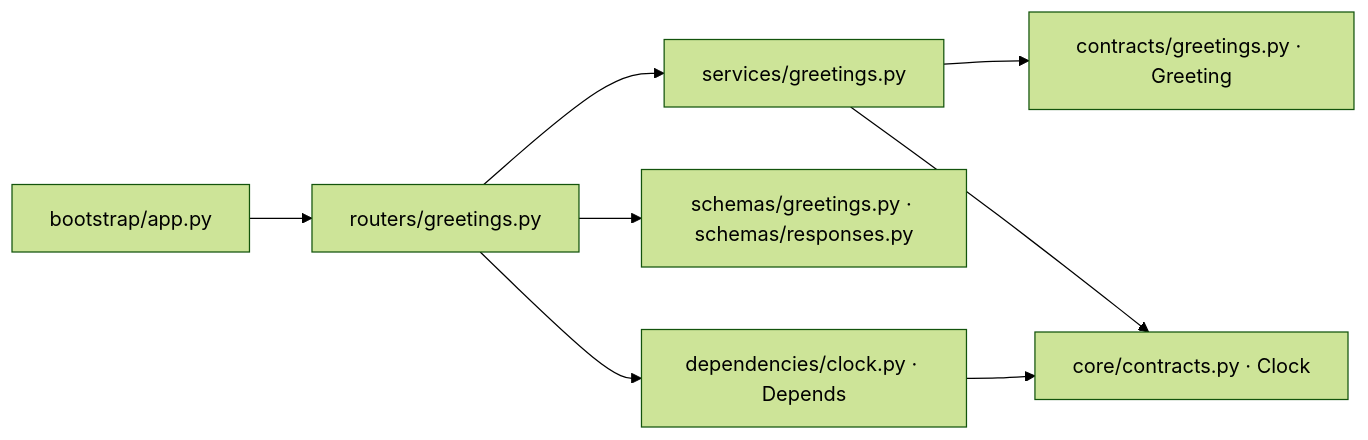
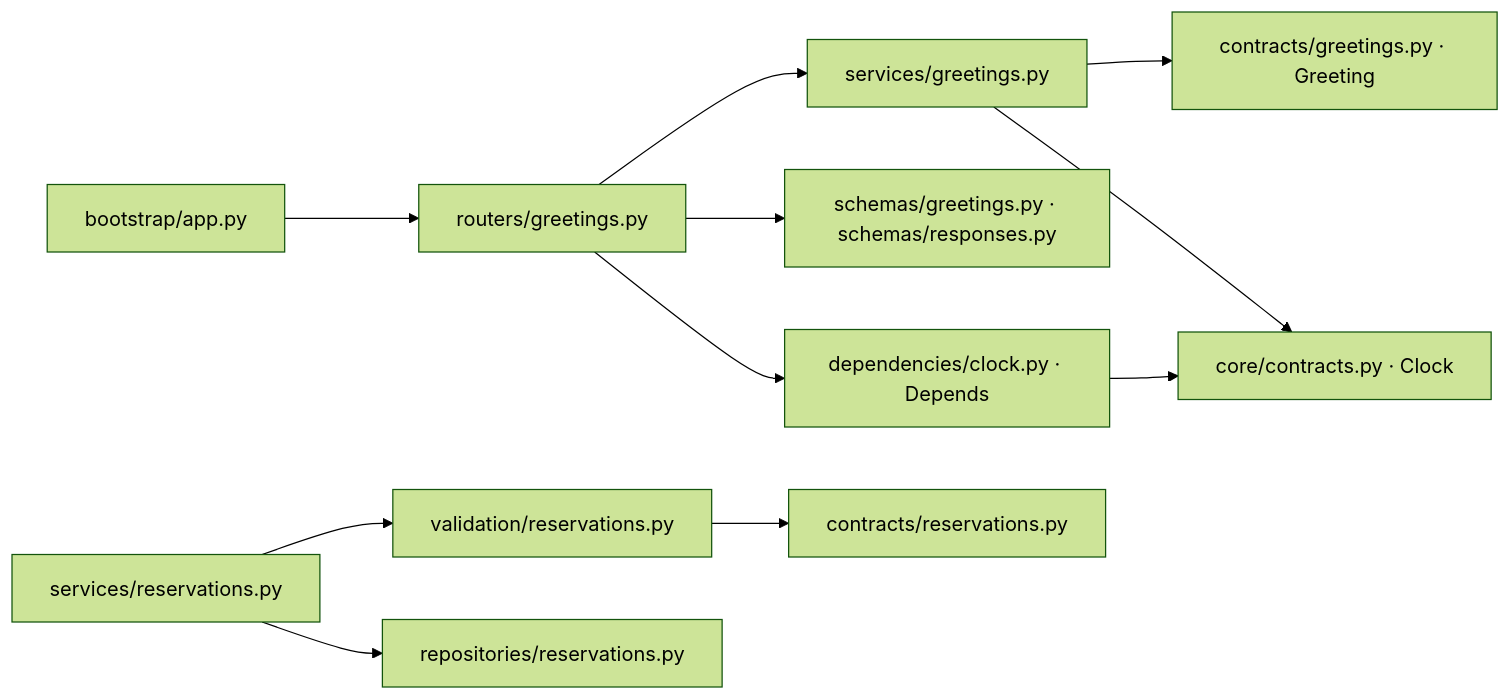
Before and after one commit to Dae-Jeong/BackendTemplate: the second of 4 diagrams in design/implementations/fastapi-structure.md, drawn with Mermaid (forest theme). The commit also changed other lines of this file and 12 other files, not shown here.

Commit message:
refactor(fastapi): separate pure reservation validation from storage

````diff
--- a/design/implementations/fastapi-structure.md
+++ b/design/implementations/fastapi-structure.md
@@ -85,10 +87,13 @@
 ```mermaid
 flowchart LR
     ROUTER["routers/greetings.py"] --> SERVICE["services/greetings.py"]
     ROUTER --> SCHEMA["schemas/greetings.py · schemas/responses.py"]
     ROUTER --> DEP["dependencies/clock.py · Depends"]
     SERVICE --> CONTRACT["contracts/greetings.py · Greeting"]
     SERVICE --> CLOCK["core/contracts.py · Clock"]
     DEP --> CLOCK
     BOOT["bootstrap/app.py"] --> ROUTER
+    RESERVE["services/reservations.py"] --> VALIDATION["validation/reservations.py"]
+    RESERVE --> REPOSITORY["repositories/reservations.py"]
+    VALIDATION --> RESERVATION_CONTRACT["contracts/reservations.py"]
 ```
````
